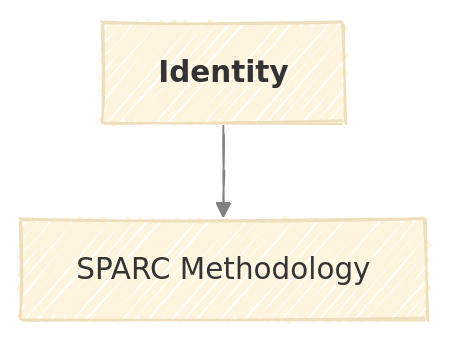
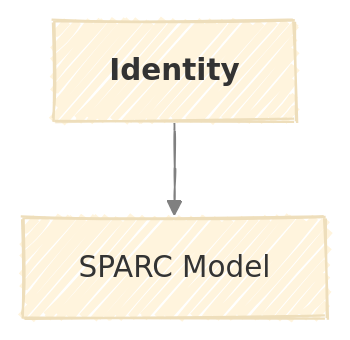
Before and after one commit to athrael-soju/framework-generator: the diagram in docs/identity.md, drawn with Mermaid. The commit also changed other lines of this file and 6 other files, not shown here.

Commit message:
Refactor terminology: replace 'methodology' with 'model' across documentation and templates for consistency

````diff
--- a/docs/identity.md
+++ b/docs/identity.md
@@ -5,12 +5,12 @@
 ```mermaid
 ---
 config:
   layout: dagre
   look: handDrawn
   theme: base
   themeVariables:
     lineColor: gray
 ---
 flowchart TB
-    Identity["<b>Identity</b>"] --> SPARC["SPARC Methodology"]
+    Identity["<b>Identity</b>"] --> SPARC["SPARC Model"]
 ```
````
